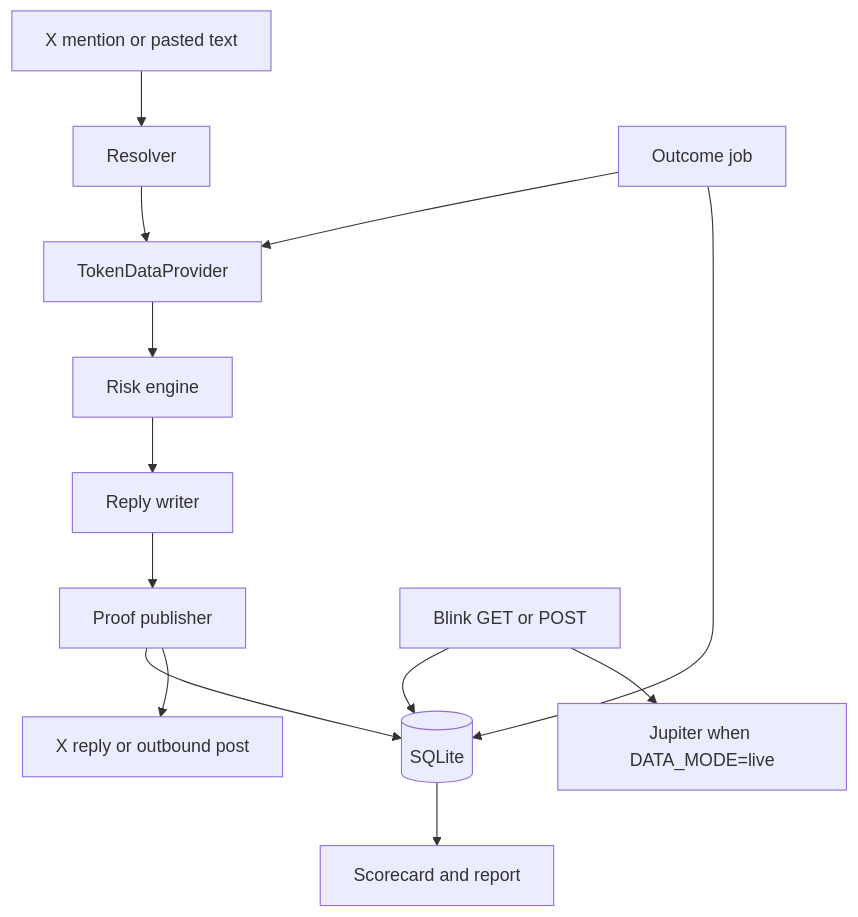
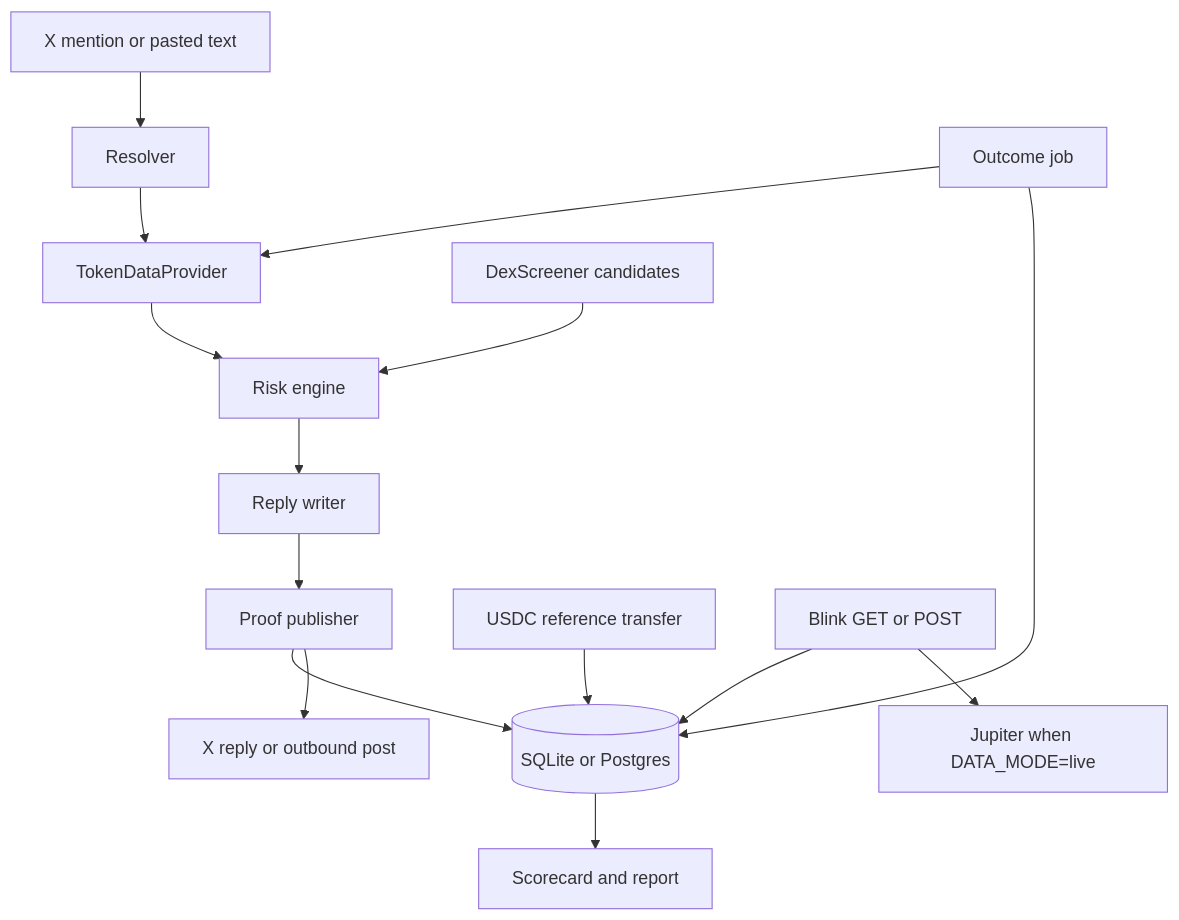
Before and after one commit to Gauravpoudel7/lens: the diagram in docs/ARCHITECTURE.md, drawn with Mermaid. The commit also changed other lines of this file and 62 other files, not shown here.

````diff
--- a/docs/ARCHITECTURE.md
+++ b/docs/ARCHITECTURE.md
@@ -25,15 +28,17 @@
 ```mermaid
 flowchart TD
   mention[X mention or pasted text] --> resolve[Resolver]
   resolve --> provider[TokenDataProvider]
   provider --> rules[Risk engine]
   rules --> writer[Reply writer]
   writer --> proof[Proof publisher]
-  proof --> db[(SQLite)]
+  proof --> db[(SQLite or Postgres)]
   proof --> x[X reply or outbound post]
   db --> scorecard[Scorecard and report]
   job[Outcome job] --> provider
   job --> db
+  discover[DexScreener candidates] --> rules
+  pay[USDC reference transfer] --> db
   blink[Blink GET or POST] --> db
   blink --> jupiter[Jupiter when DATA_MODE=live]
 ```
````
